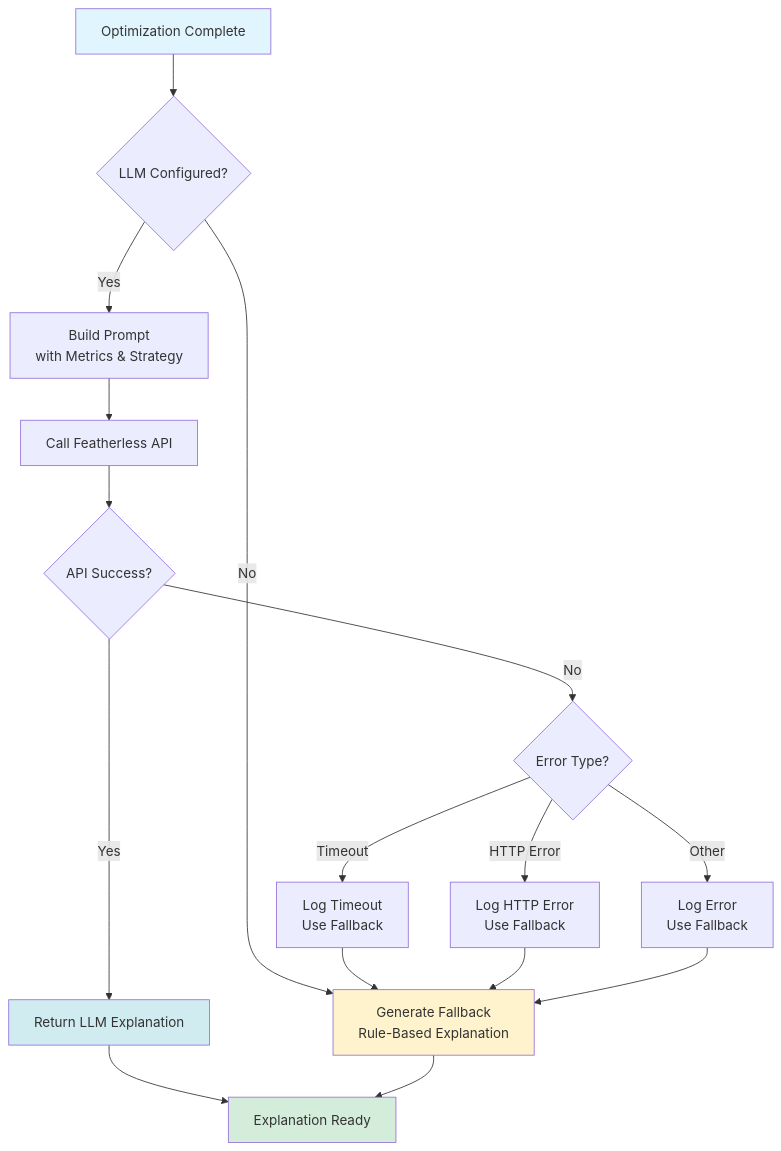
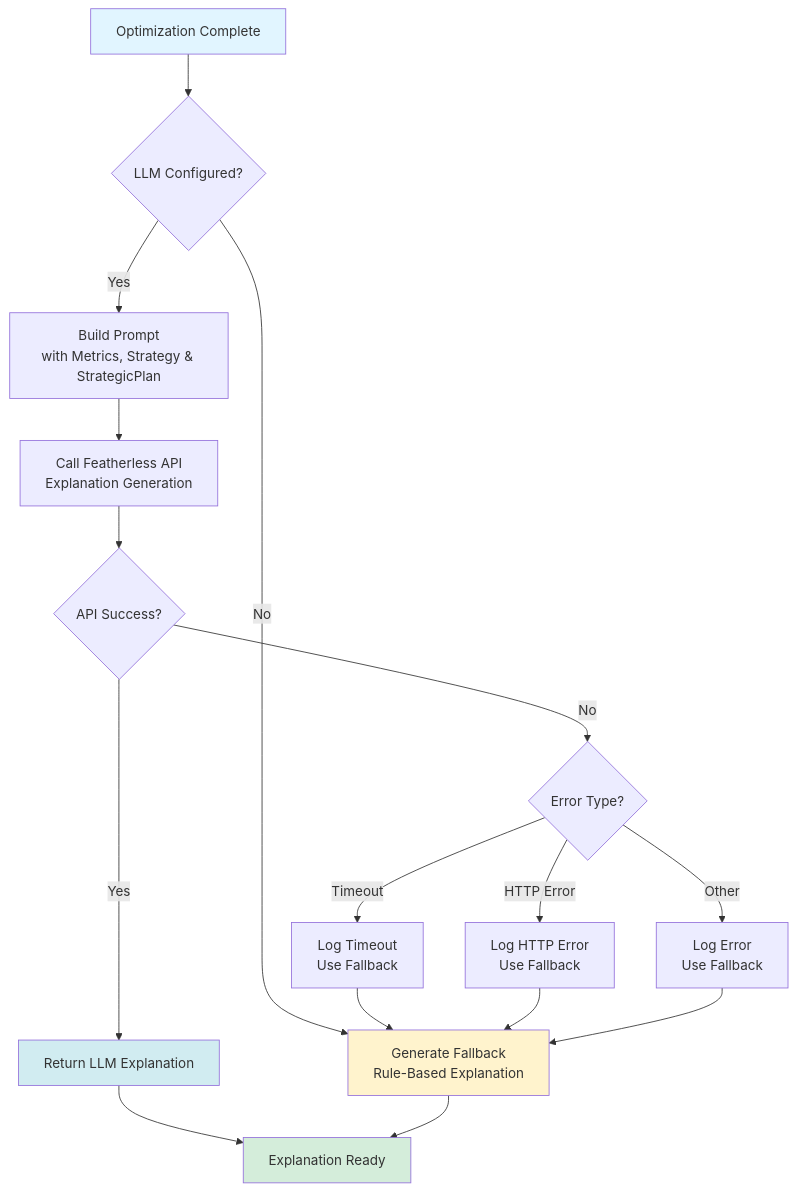
Before and after one commit to alexha11/Junction-2025: the eighth of 9 diagrams in agents/optimizer_agent/ARCHITECTURE.md, drawn with Mermaid. The commit also changed other lines of this file and 7 other files, not shown here.

````diff
--- a/agents/optimizer_agent/ARCHITECTURE.md
+++ b/agents/optimizer_agent/ARCHITECTURE.md
@@ -333,29 +405,29 @@
 ```mermaid
 flowchart TD
     START[Optimization Complete] --> CHECK{LLM Configured?}
     
     CHECK -->|No| FALLBACK[Generate Fallback<br/>Rule-Based Explanation]
     
-    CHECK -->|Yes| BUILD[Build Prompt<br/>with Metrics & Strategy]
-    BUILD --> CALL[Call Featherless API]
+    CHECK -->|Yes| BUILD[Build Prompt<br/>with Metrics, Strategy & StrategicPlan]
+    BUILD --> CALL[Call Featherless API<br/>Explanation Generation]
     
     CALL --> SUCCESS{API Success?}
     SUCCESS -->|Yes| RETURN[Return LLM Explanation]
     SUCCESS -->|No| ERROR{Error Type?}
     
     ERROR -->|Timeout| TIMEOUT[Log Timeout<br/>Use Fallback]
     ERROR -->|HTTP Error| HTTP[Log HTTP Error<br/>Use Fallback]
     ERROR -->|Other| OTHER[Log Error<br/>Use Fallback]
     
     TIMEOUT --> FALLBACK
     HTTP --> FALLBACK
     OTHER --> FALLBACK
     
     RETURN --> END[Explanation Ready]
     FALLBACK --> END
     
     style START fill:#e1f5ff
     style END fill:#d4edda
     style FALLBACK fill:#fff3cd
     style RETURN fill:#d1ecf1
 ```
````
